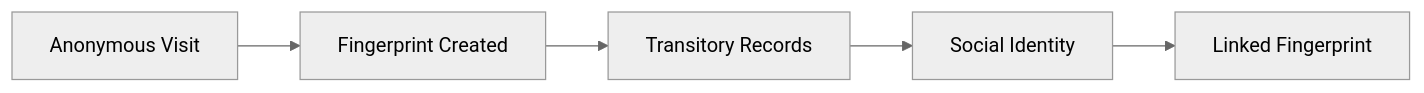
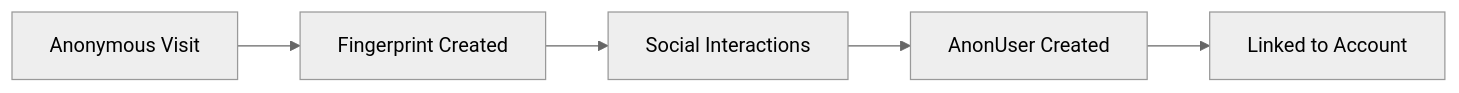
Before and after one commit to project-89/argos-server: the second of 6 diagrams in docs/ARCHITECTURE.md, drawn with Mermaid (neutral theme). The commit also changed other lines of this file and 23 other files, not shown here.

````diff
--- a/docs/ARCHITECTURE.md
+++ b/docs/ARCHITECTURE.md
@@ -128,7 +142,7 @@
 ```mermaid
 graph LR
     A[Anonymous Visit] --> B[Fingerprint Created]
-    B --> C[Transitory Records]
-    C --> D[Social Identity]
-    D --> E[Linked Fingerprint]
+    B --> C[Social Interactions]
+    C --> D[AnonUser Created]
+    D --> E[Linked to Account]
 ```
````
